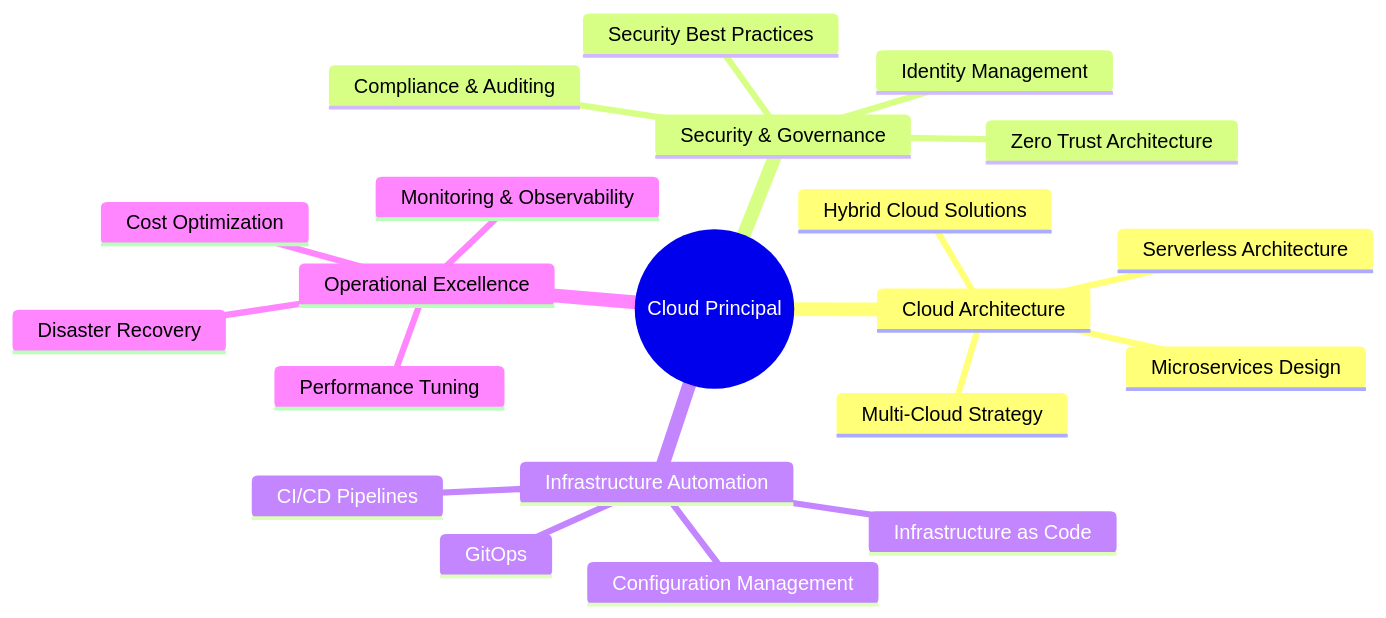
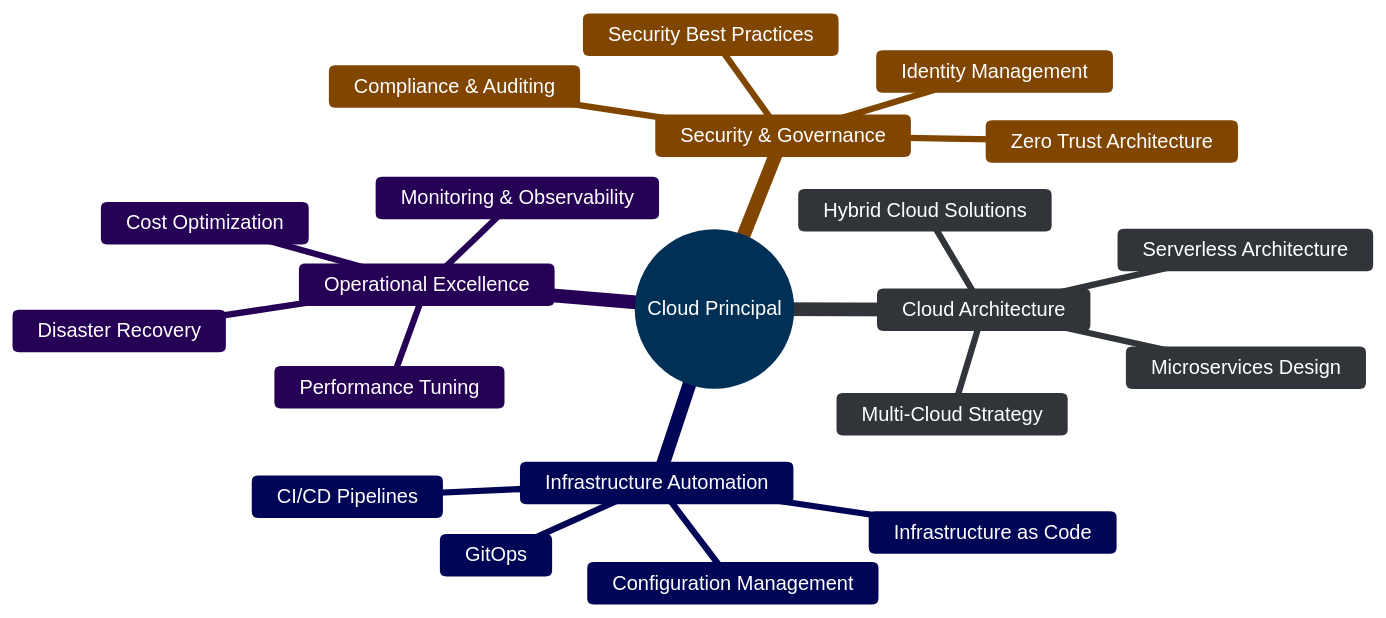
One commit to petermustow/petermustow changed the diagram in README.md. Above: the diagram before and after it, drawn with Mermaid. The commit also changed other lines of this file, not shown here.

````diff
--- a/README.md
+++ b/README.md
@@ -145,24 +229,25 @@
 ```mermaid
+%%{init: {'theme':'base', 'themeVariables': { 'primaryColor':'#0078D4','primaryTextColor':'#fff','primaryBorderColor':'#0078D4','lineColor':'#FF8C00','secondaryColor':'#6C757D','tertiaryColor':'#FF8C00','background':'#1a1b27','mainBkg':'#0078D4','secondBkg':'#FF8C00','tertiaryBkgColor':'#6C757D','textColor':'#E8EAF6','fontSize':'16px'}}}%%
 mindmap
   root((Cloud Principal))
     Cloud Architecture
       Multi-Cloud Strategy
       Hybrid Cloud Solutions
       Microservices Design
       Serverless Architecture
     Security & Governance
       Zero Trust Architecture
       Compliance & Auditing
       Identity Management
       Security Best Practices
     Infrastructure Automation
       Infrastructure as Code
       Configuration Management
       GitOps
       CI/CD Pipelines
     Operational Excellence
       Monitoring & Observability
       Cost Optimization
       Performance Tuning
       Disaster Recovery
 ```
````
